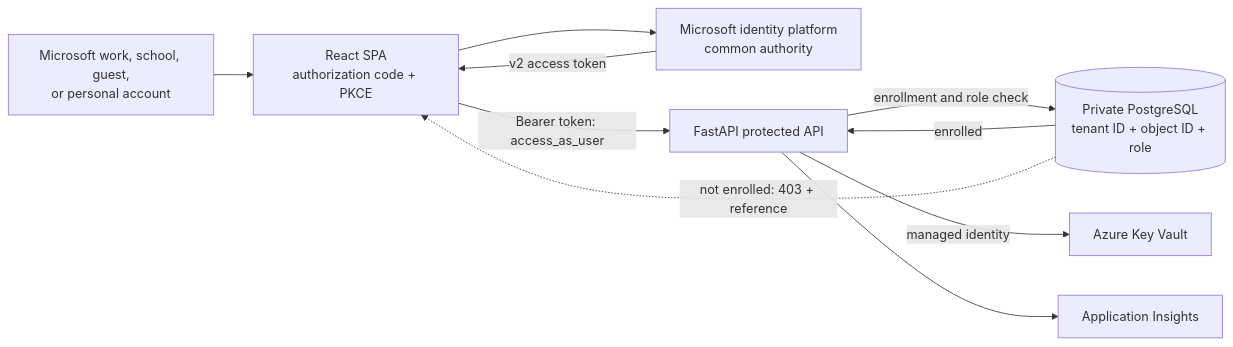
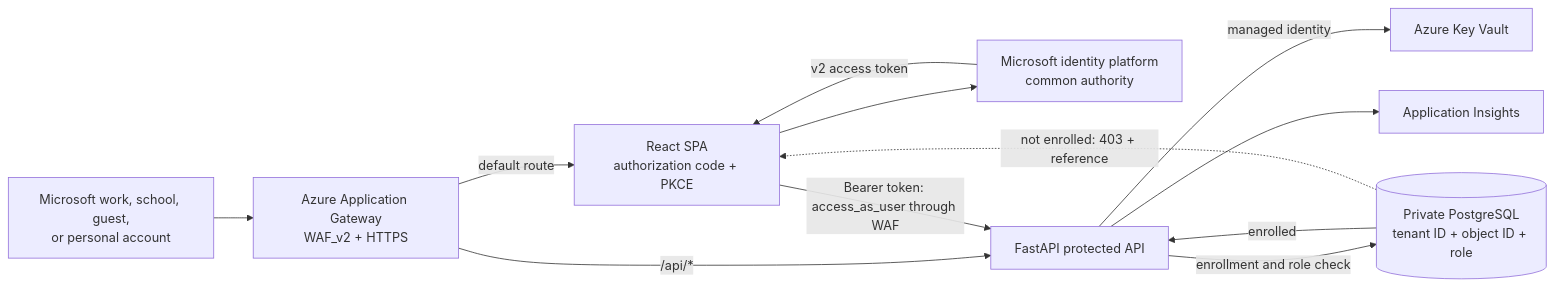
Before and after one commit to Eniola-007/mmaug-secure-login-portal: the first of 2 diagrams in docs/architecture.md, drawn with Mermaid. The commit also changed other lines of this file and 12 other files, not shown here.

Commit message:
Use approved identity and add Application Gateway WAF

````diff
--- a/docs/architecture.md
+++ b/docs/architecture.md
@@ -20,20 +20,23 @@
 ```mermaid
 flowchart LR
     U[Microsoft work, school, guest,<br/>or personal account]
+    WAF[Azure Application Gateway<br/>WAF_v2 + HTTPS]
     SPA[React SPA<br/>authorization code + PKCE]
     IDP[Microsoft identity platform<br/>common authority]
     API[FastAPI protected API]
     DB[(Private PostgreSQL<br/>tenant ID + object ID + role)]
     KV[Azure Key Vault]
     MON[Application Insights]
 
-    U --> SPA
+    U --> WAF
+    WAF -->|default route| SPA
+    WAF -->|/api/*| API
     SPA --> IDP
     IDP -->|v2 access token| SPA
-    SPA -->|Bearer token: access_as_user| API
+    SPA -->|Bearer token: access_as_user through WAF| API
     API -->|enrollment and role check| DB
     API -->|managed identity| KV
     API --> MON
     DB -->|enrolled| API
     DB -.->|not enrolled: 403 + reference| SPA
 ```
````
